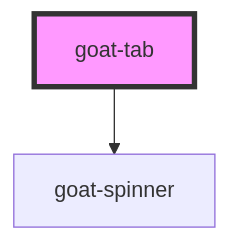
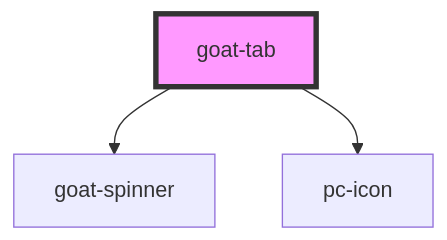
Before and after one commit to redvars/peacock: the diagram in src/components/tabs/tab/readme.md, drawn with Mermaid. The commit also changed other lines of this file and 64 other files, not shown here.

Commit message:
icon migrate from goat to peacock

````diff
--- a/src/components/tabs/tab/readme.md
+++ b/src/components/tabs/tab/readme.md
@@ -61,5 +62,6 @@
 ```mermaid
 graph TD;
   goat-tab --> goat-spinner
+  goat-tab --> pc-icon
   style goat-tab fill:#f9f,stroke:#333,stroke-width:4px
 ```
````
